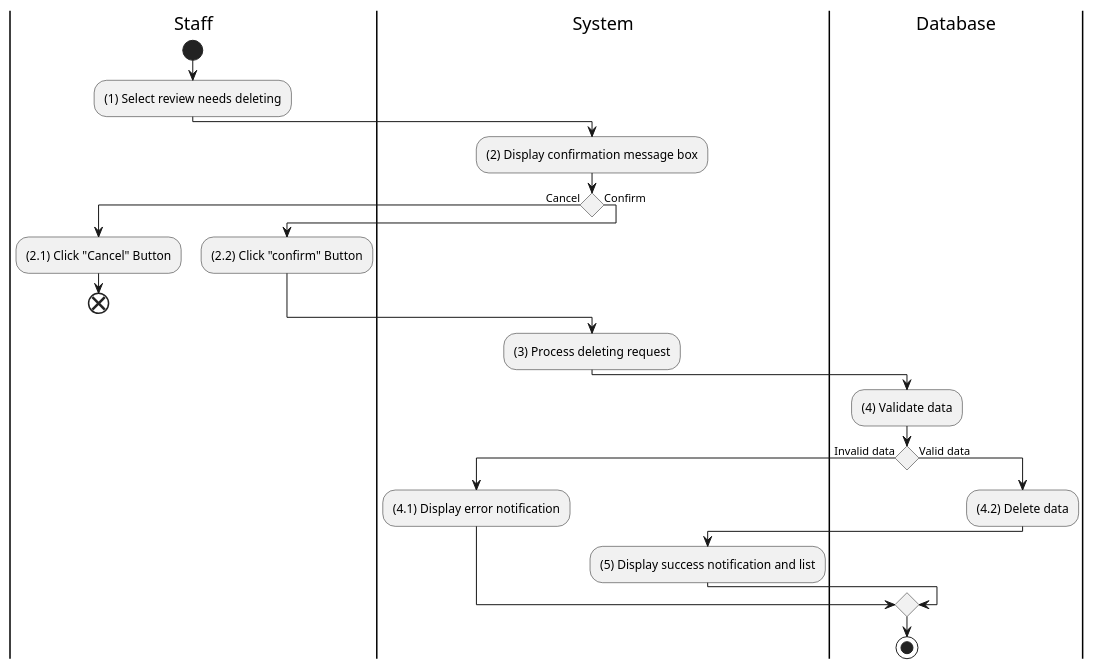
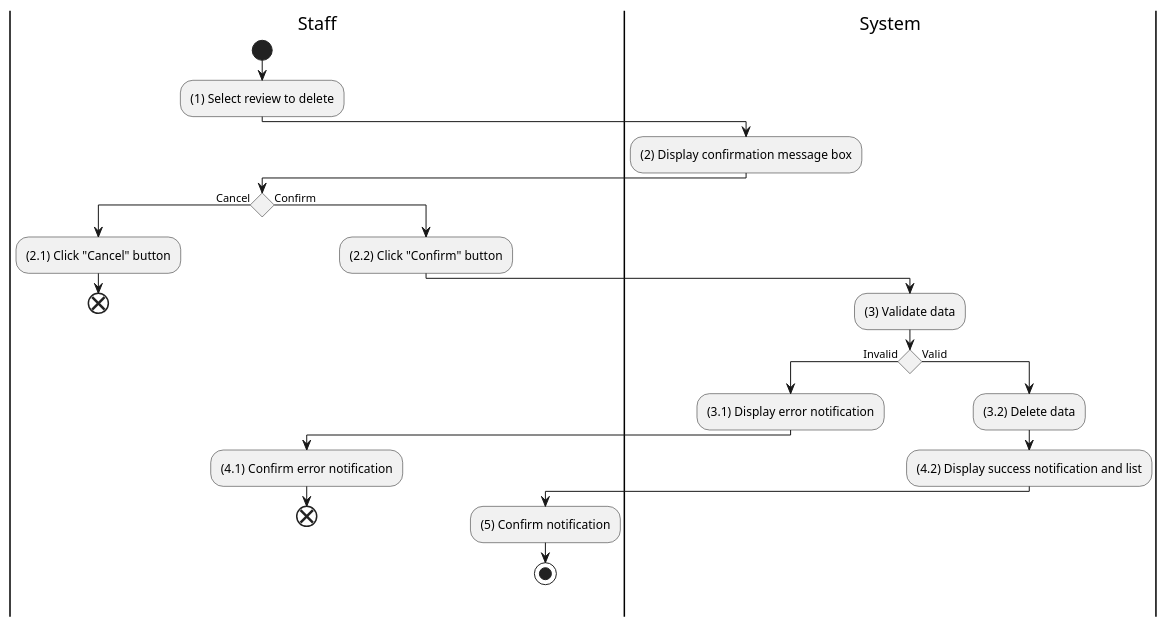
The diagram in docs/software-docs/activity/manage-product/delete-review.md (electricilies/electricilies.github.io), drawn with PlantUML before and after one commit. The commit also changed 47 other files, not shown here.

````diff
--- a/docs/software-docs/activity/manage-product/delete-review.md
+++ b/docs/software-docs/activity/manage-product/delete-review.md
@@ -3,36 +3,34 @@
 ```plantuml
 @startuml
 |St|Staff
 |S|System
-|D|Database
 
 |St|
 start
-:(1) Select review needs deleting;
+:(1) Select review to delete;
 |S|
 :(2) Display confirmation message box;
+|St|
 if () then (Cancel)
-  |St|
-  :(2.1) Click "Cancel" Button;
+  :(2.1) Click "Cancel" button;
   end
 else (Confirm)
-  :(2.2) Click "confirm" Button;
+  :(2.2) Click "Confirm" button;
+  |S|
+  :(3) Validate data;
+  if () then (Invalid)
+    :(3.1) Display error notification;
+    |St|
+    :(4.1) Confirm error notification;
+    end
+  else (Valid)
+    |S|
+    :(3.2) Delete data;
+    :(4.2) Display success notification and list;
+    |St|
+    :(5) Confirm notification;
+    stop
+  endif
 endif
-|S|
-:(3) Process deleting request;
-|D|
-:(4) Validate data;
-if () then (Invalid data)
-  |S|
-  :(4.1) Display error notification;
-else (Valid data)
-  |D|
-  :(4.2) Delete data;
-  |S|
-  :(5) Display success notification and list;
-endif
-|D|
-stop
-
 @enduml
 ```
````
